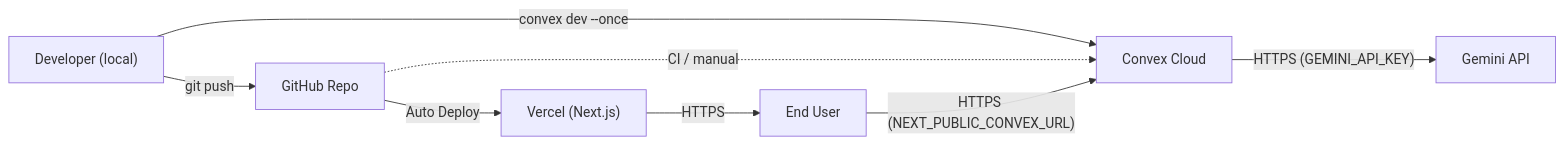
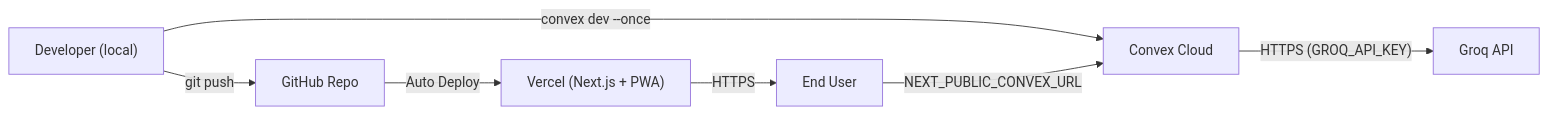
One commit to Moballig/habitforge changed the fifth of 5 diagrams in docs/ARCHITECTURE.md. Above: the diagram before and after it, drawn with Mermaid. The commit also changed other lines of this file and 5 other files, not shown here.

````diff
--- a/docs/ARCHITECTURE.md
+++ b/docs/ARCHITECTURE.md
@@ -255,11 +339,9 @@
 ```mermaid
 flowchart LR
     Dev["Developer (local)"] -->|"git push"| GH["GitHub Repo"]
-    GH -->|"Auto Deploy"| Vercel["Vercel (Next.js)"]
+    GH -->|"Auto Deploy"| Vercel["Vercel (Next.js + PWA)"]
     Dev -->|"convex dev --once"| Convex["Convex Cloud"]
-    GH -.->|"CI / manual"| Convex
-
     Vercel -->|"HTTPS"| User["End User"]
-    User -->|"HTTPS (NEXT_PUBLIC_CONVEX_URL)"| Convex
-    Convex -->|"HTTPS (GEMINI_API_KEY)"| Gemini["Gemini API"]
+    User -->|"NEXT_PUBLIC_CONVEX_URL"| Convex
+    Convex -->|"HTTPS (GROQ_API_KEY)"| Groq["Groq API"]
 ```
````
